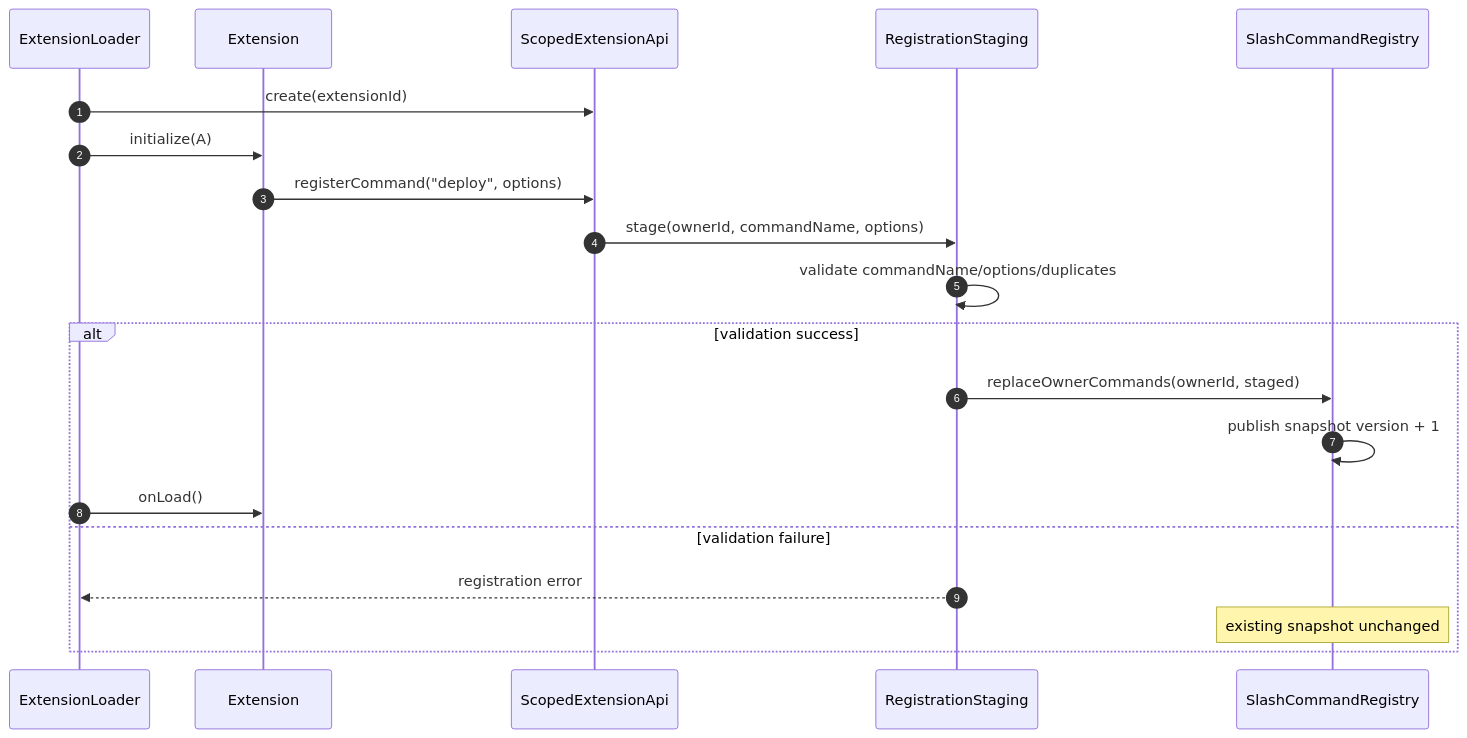
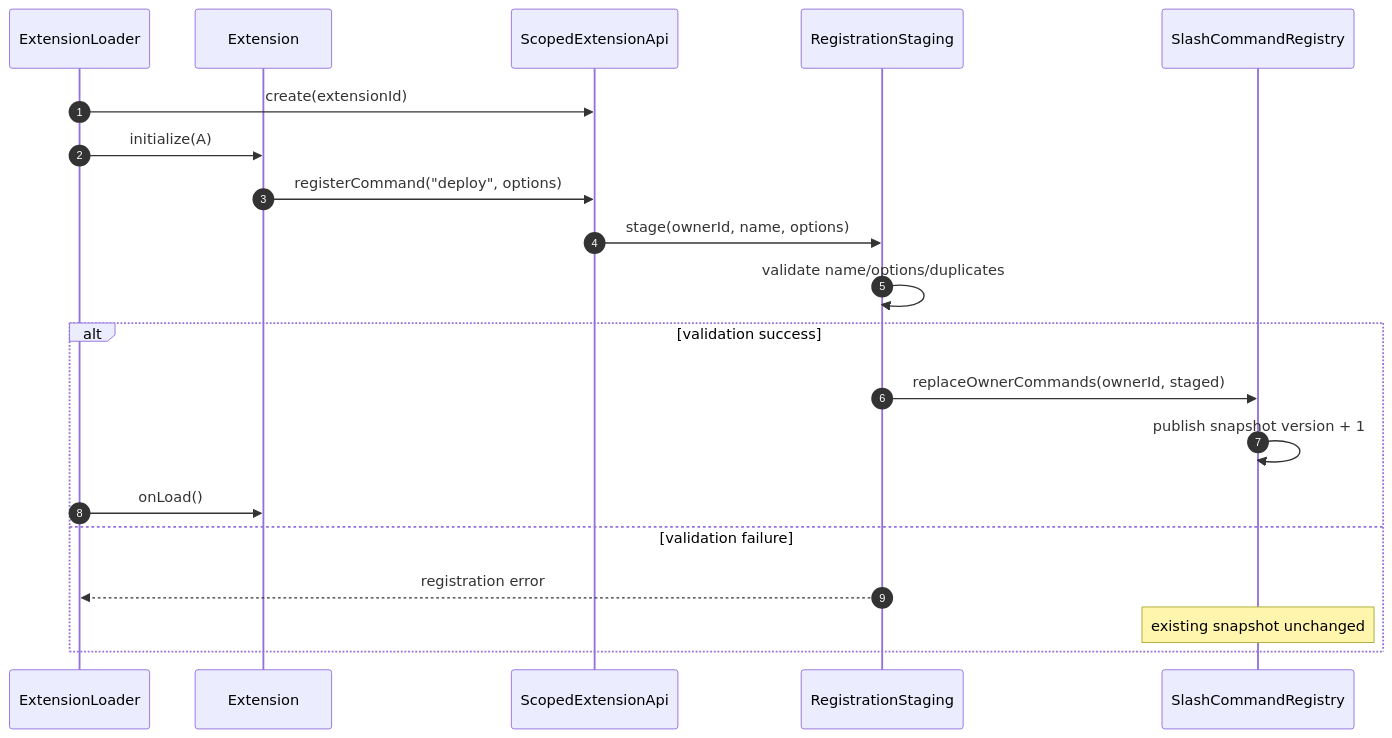
One commit to superheromeZzh/pi-mono-java-design changed the sixth of 20 diagrams in pi-mono-java-extension-command-SR设计.md. Above: the diagram before and after it, drawn with Mermaid. The commit also changed other lines of this file, not shown here.

Commit message:
docs: use name for command registration

````diff
--- a/pi-mono-java-extension-command-SR设计.md
+++ b/pi-mono-java-extension-command-SR设计.md
@@ -465,24 +465,24 @@
 ```mermaid
 sequenceDiagram
     autonumber
     participant L as ExtensionLoader
     participant E as Extension
     participant A as ScopedExtensionApi
     participant S as RegistrationStaging
     participant R as SlashCommandRegistry
 
     L->>A: create(extensionId)
     L->>E: initialize(A)
     E->>A: registerCommand("deploy", options)
-    A->>S: stage(ownerId, commandName, options)
-    S->>S: validate commandName/options/duplicates
+    A->>S: stage(ownerId, name, options)
+    S->>S: validate name/options/duplicates
 
     alt validation success
         S->>R: replaceOwnerCommands(ownerId, staged)
         R->>R: publish snapshot version + 1
         L->>E: onLoad()
     else validation failure
         S-->>L: registration error
         Note over R: existing snapshot unchanged
     end
 ```
````
